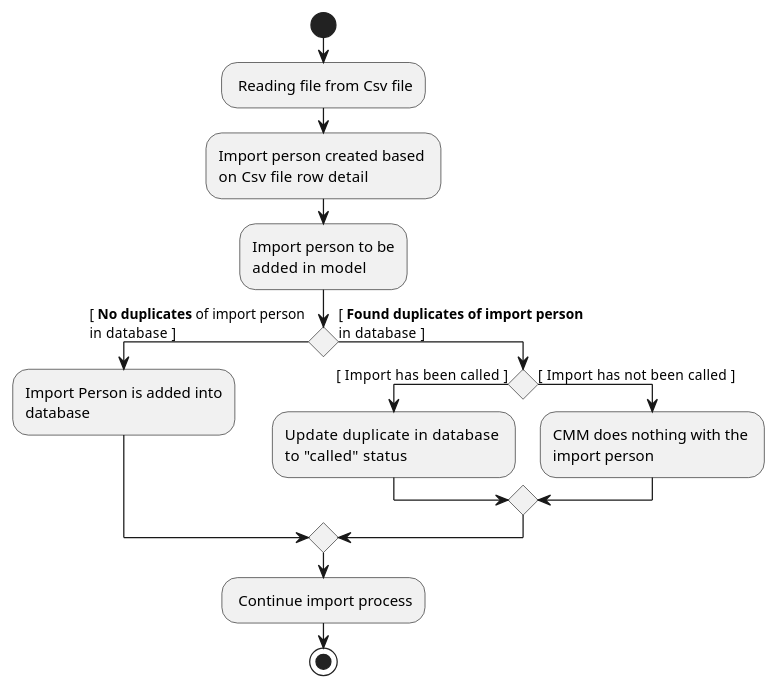
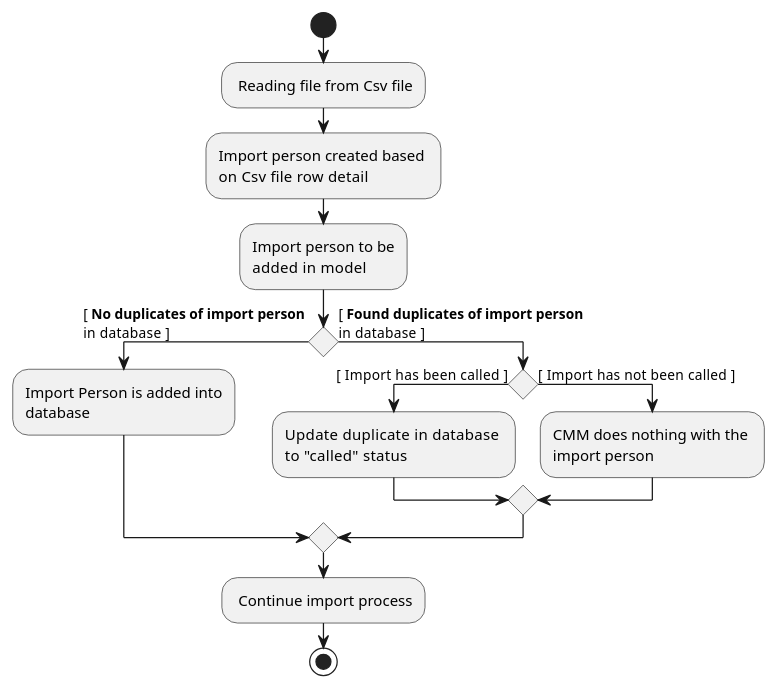
Before and after one commit to pranav-ganesh/tp: the diagram in docs/diagrams/DuplicateImportDecision.puml, drawn with PlantUML. The commit also changed 8 other files, not shown here.

```diff
--- a/docs/diagrams/DuplicateImportDecision.puml
+++ b/docs/diagrams/DuplicateImportDecision.puml
@@ -1,21 +1,21 @@
 @startuml
 'https://plantuml.com/activity-diagram-beta
 
 start
 - Reading file from Csv file
 -Import person created based \non  Csv file row detail
 
 -Import person to be\nadded in  model
-if () then ([ **No duplicates** of import person \nin  database ])
+if () then ([ **No duplicates of import person** \nin  database ])
     :Import Person is added into\ndatabase;
 else ([ **Found duplicates of import person** \nin  database ])
       if () then  ( [ Import has been  called  ])
         :Update duplicate  in  database \nto "called"  status;
       else ([ Import has not  been  called ])
         :CMM does nothing with the \nimport person;
       endif
 endif
 - Continue import process
 stop
 
 @enduml
```
